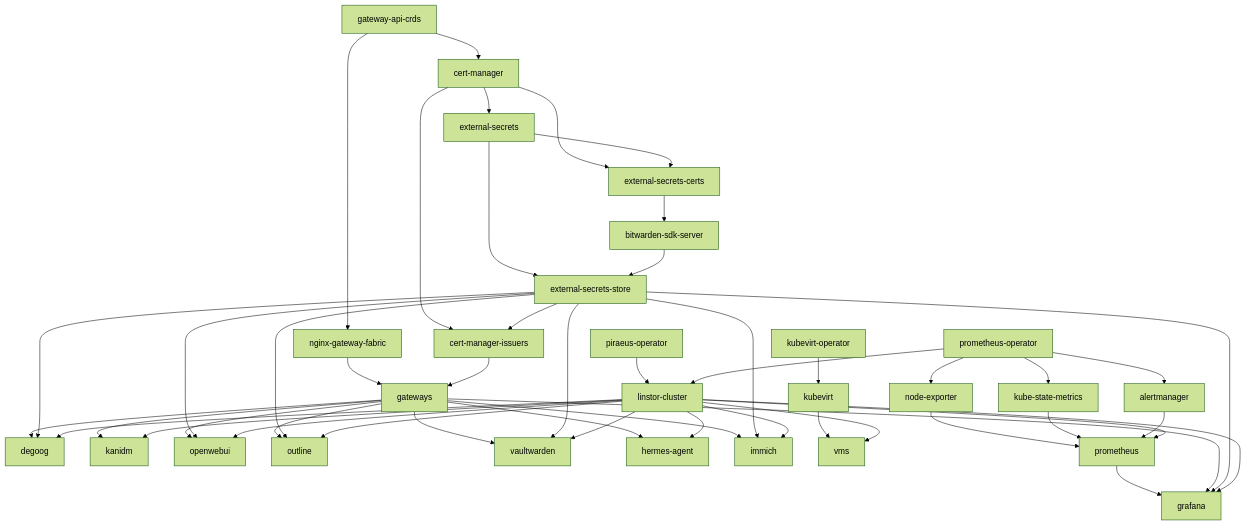
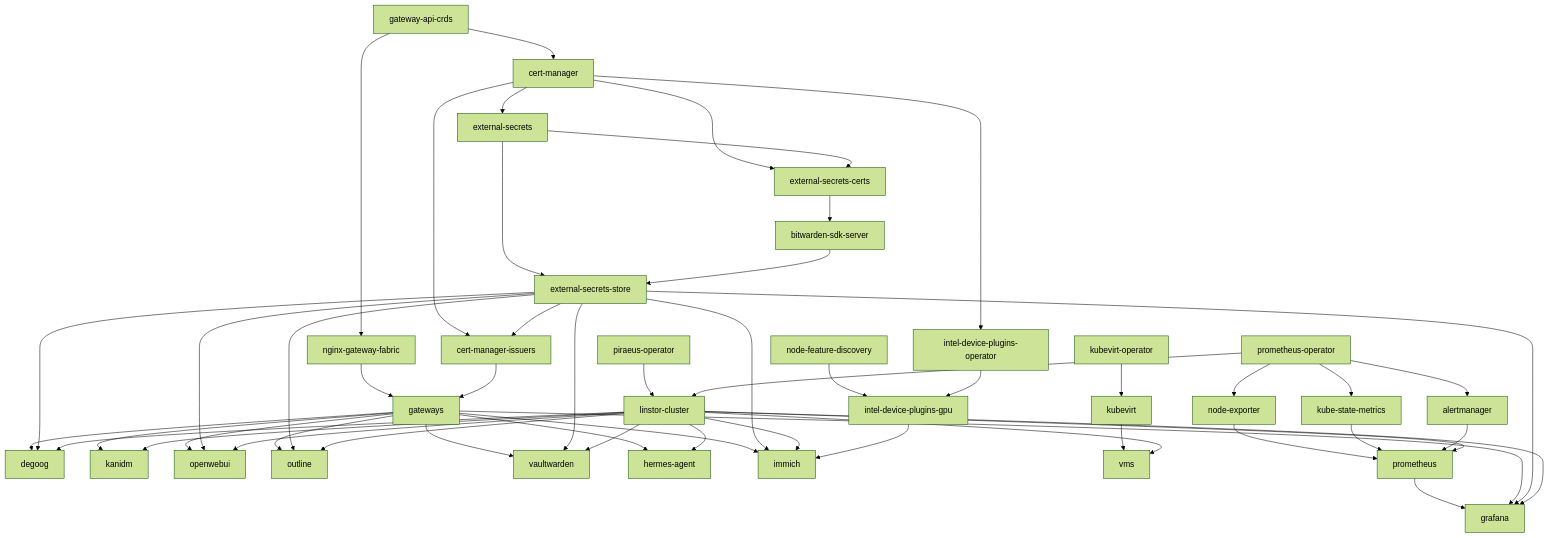
The diagram in README.md (martinxtinto/k8s-flux), drawn with Mermaid (forest theme) before and after one commit. The commit also changed other lines of this file and 14 other files, not shown here.

Commit message:
add: intel gpu device plugin

````diff
--- a/README.md
+++ b/README.md
@@ -30,50 +30,54 @@
 ```mermaid
 flowchart TD
   gateway-api-crds --> cert-manager
   gateway-api-crds --> nginx-gateway-fabric
   cert-manager --> external-secrets
   cert-manager --> external-secrets-certs
   external-secrets --> external-secrets-certs
   external-secrets --> external-secrets-store
   external-secrets-certs --> bitwarden-sdk-server
   bitwarden-sdk-server --> external-secrets-store
   cert-manager --> cert-manager-issuers
   external-secrets-store --> cert-manager-issuers
   nginx-gateway-fabric --> gateways
   cert-manager-issuers --> gateways
   piraeus-operator --> linstor-cluster
   prometheus-operator --> linstor-cluster
   kubevirt-operator --> kubevirt
+  cert-manager --> intel-device-plugins-operator
+  node-feature-discovery --> intel-device-plugins-gpu
+  intel-device-plugins-operator --> intel-device-plugins-gpu
   gateways --> degoog
   external-secrets-store --> degoog
   linstor-cluster --> degoog
   gateways --> kanidm
   linstor-cluster --> kanidm
   gateways --> openwebui
   external-secrets-store --> openwebui
   linstor-cluster --> openwebui
   gateways --> outline
   external-secrets-store --> outline
   linstor-cluster --> outline
   gateways --> vaultwarden
   external-secrets-store --> vaultwarden
   linstor-cluster --> vaultwarden
   gateways --> hermes-agent
   linstor-cluster --> hermes-agent
   gateways --> immich
   external-secrets-store --> immich
   linstor-cluster --> immich
+  intel-device-plugins-gpu --> immich
   kubevirt --> vms
   linstor-cluster --> vms
   prometheus-operator --> node-exporter
   prometheus-operator --> kube-state-metrics
   prometheus-operator --> alertmanager
   node-exporter --> prometheus
   kube-state-metrics --> prometheus
   alertmanager --> prometheus
   linstor-cluster --> prometheus
   prometheus --> grafana
   gateways --> grafana
   external-secrets-store --> grafana
   linstor-cluster --> grafana
 ```
````
